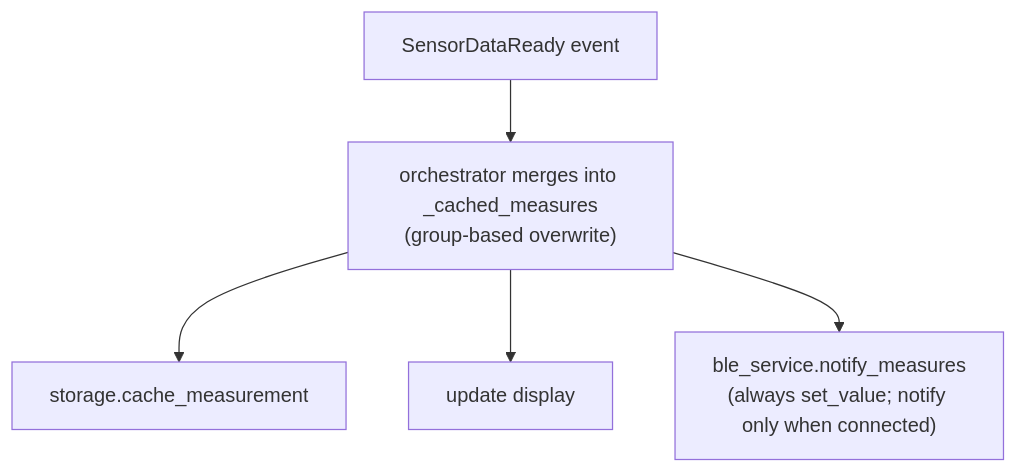
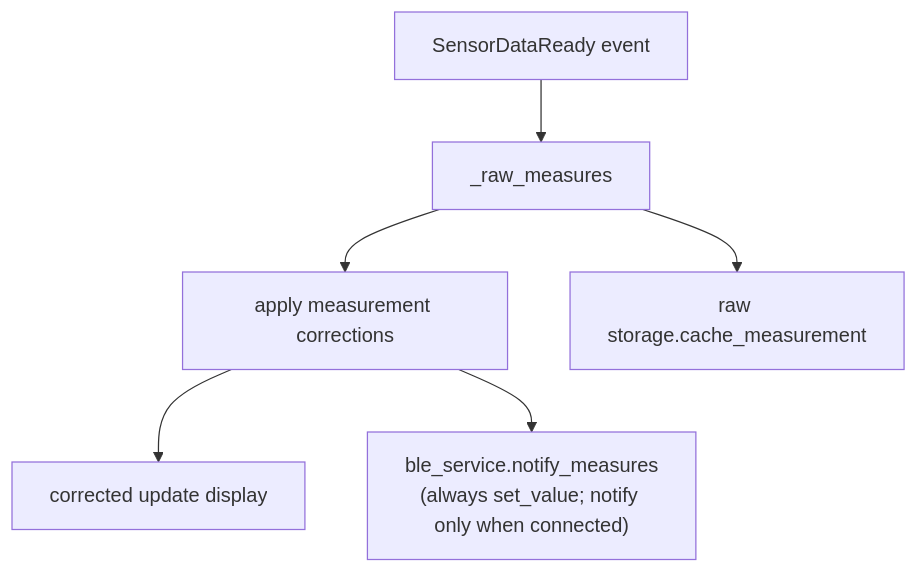
Before and after one commit to mattMRBH/firmware-core: the third of 5 diagrams in products/go/docs/ble_service.md, drawn with Mermaid. The commit also changed other lines of this file and 7 other files, not shown here.

Commit message:
docs(go): document measurement corrections

````diff
--- a/products/go/docs/ble_service.md
+++ b/products/go/docs/ble_service.md
@@ -1045,13 +1054,15 @@
 ```mermaid
-flowchart TD
+  flowchart TD
     Event["SensorDataReady event"]
-    Merge["orchestrator merges into _cached_measures<br/>(group-based overwrite)"]
-    Cache["storage.cache_measurement"]
-    Display["update display"]
+    Raw["_raw_measures"]
+    Corrected["apply measurement corrections"]
+    Cache["raw storage.cache_measurement"]
+    Display["corrected update display"]
     Notify["ble_service.notify_measures<br/>(always set_value; notify only when connected)"]
 
-    Event --> Merge
-    Merge --> Cache
-    Merge --> Display
-    Merge --> Notify
-```
+    Event --> Raw
+    Raw --> Cache
+    Raw --> Corrected
+    Corrected --> Display
+    Corrected --> Notify
+  ```
````
